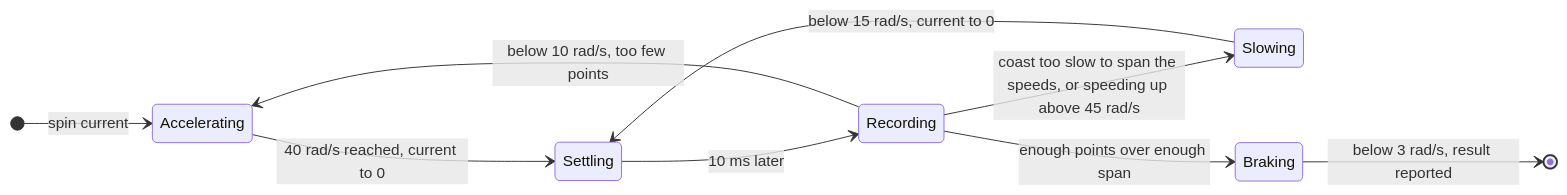
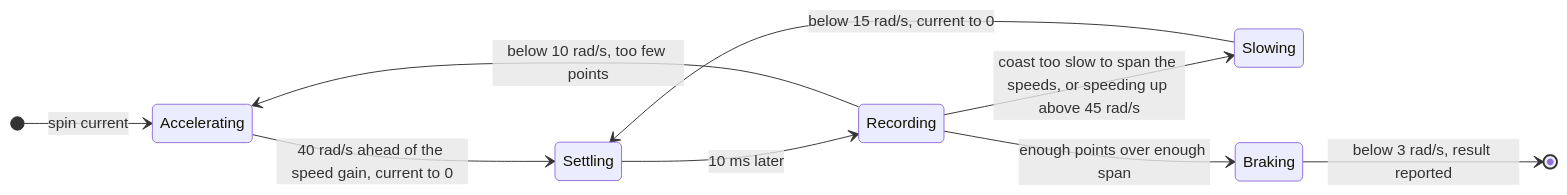
One commit to embedded-pro/e-foc changed the first of 2 diagrams in documentation/design/service-flux-linkage-ident.md. Above: the diagram before and after it, drawn with Mermaid. The commit also changed other lines of this file and 3 other files, not shown here.

````diff
--- a/documentation/design/service-flux-linkage-ident.md
+++ b/documentation/design/service-flux-linkage-ident.md
@@ -68,12 +68,12 @@
 ```mermaid
 stateDiagram-v2
     direction LR
     [*] --> Accelerating : spin current
-    Accelerating --> Settling : 40 rad/s reached, current to 0
+    Accelerating --> Settling : 40 rad/s ahead of the speed gain, current to 0
     Settling --> Recording : 10 ms later
     Recording --> Accelerating : below 10 rad/s, too few points
     Recording --> Slowing : coast too slow to span the speeds, or speeding up above 45 rad/s
     Slowing --> Settling : below 15 rad/s, current to 0
     Recording --> Braking : enough points over enough span
     Braking --> [*] : below 3 rad/s, result reported
 ```
````
